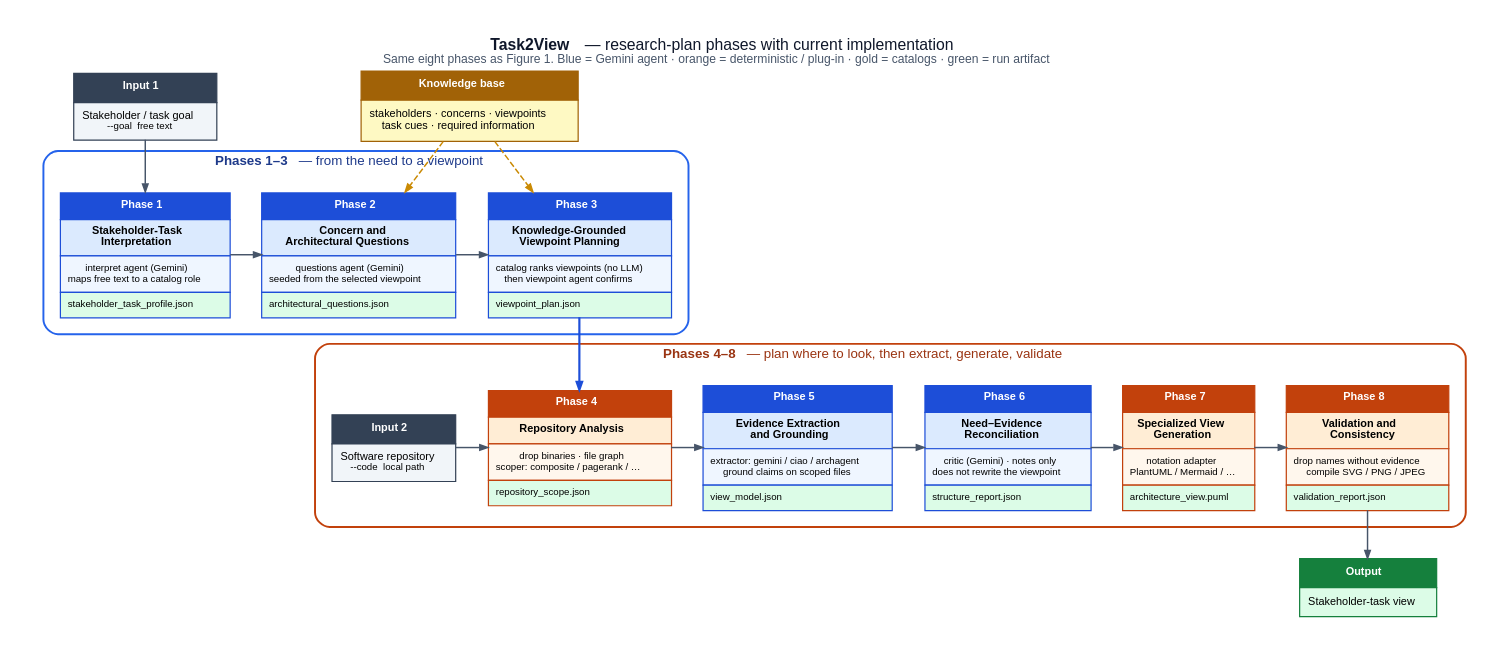
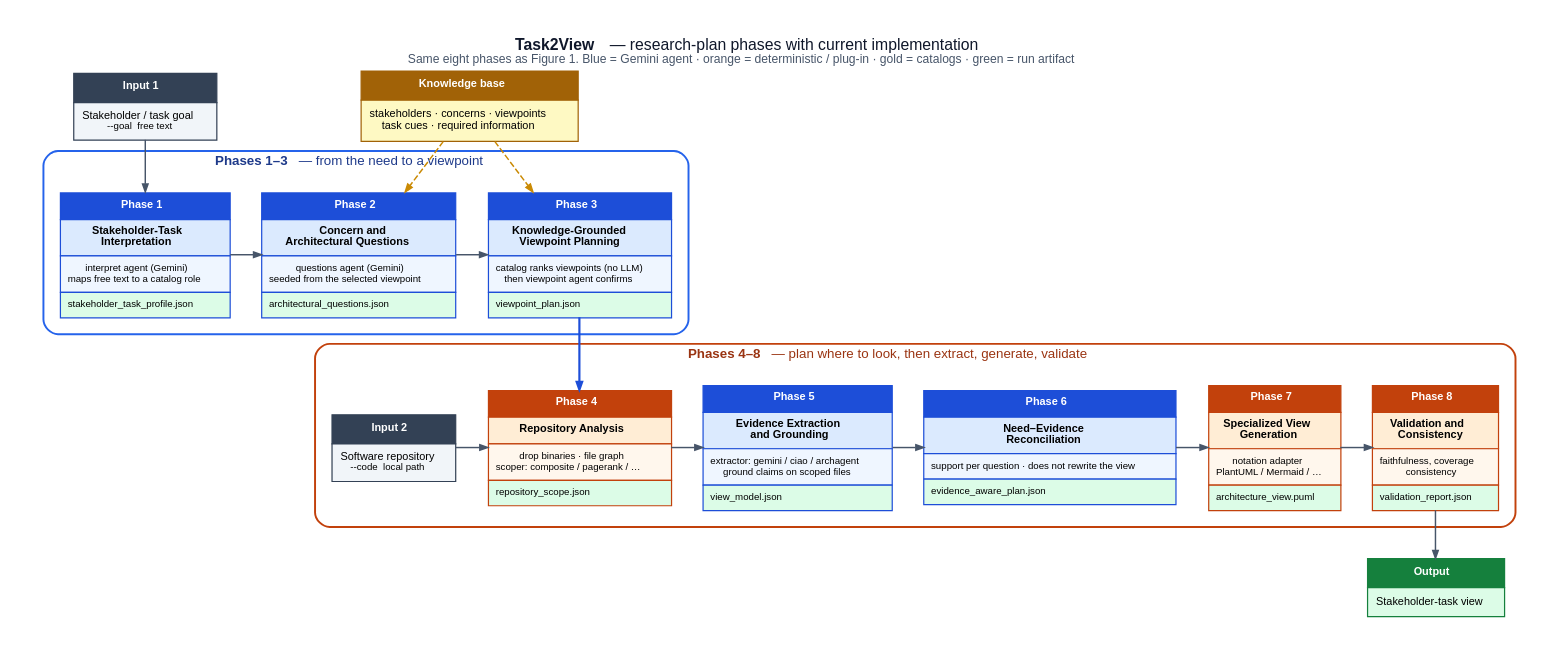
Before and after one commit to sa4s-serc/task2View: the diagram in docs/diagrams/architecture.dot, drawn with Graphviz. The commit also changed 96 other files, not shown here.

```diff
--- a/docs/diagrams/architecture.dot
+++ b/docs/diagrams/architecture.dot
@@ -1,139 +1,139 @@
 digraph task2view_phases {
   graph [
     rankdir=TB
     newrank=true
     splines=true
     nodesep=0.36
     ranksep=0.55
     fontname="Helvetica"
     fontsize=13
     pad=0.28
     bgcolor="white"
     label=<<B>Task2View</B> — research-plan phases with current implementation<br/><FONT POINT-SIZE="10" COLOR="#475569">Same eight phases as Figure 1. Blue = Gemini agent · orange = deterministic / plug-in · gold = catalogs · green = run artifact</FONT>>
     labelloc=t
     fontcolor="#0f172a"
   ];
   node [fontname="Helvetica", fontsize=9, shape=plaintext, margin=0];
   edge [color="#475569", arrowsize=0.65, penwidth=1.2];
 
   in1 [label=<
     <TABLE BORDER="0" CELLBORDER="1" CELLSPACING="0" CELLPADDING="6" COLOR="#334155">
       <TR><TD BGCOLOR="#334155"><FONT COLOR="white"><B>Input 1</B></FONT></TD></TR>
       <TR><TD BGCOLOR="#f1f5f9" ALIGN="CENTER">Stakeholder / task goal<BR/><FONT POINT-SIZE="8">--goal  free text</FONT></TD></TR>
     </TABLE>>];
 
   kb [label=<
     <TABLE BORDER="0" CELLBORDER="1" CELLSPACING="0" CELLPADDING="6" COLOR="#a16207">
       <TR><TD BGCOLOR="#a16207"><FONT COLOR="white"><B>Knowledge base</B></FONT></TD></TR>
       <TR><TD BGCOLOR="#fef9c3" ALIGN="CENTER">stakeholders · concerns · viewpoints<BR/>task cues · required information</TD></TR>
     </TABLE>>];
 
   subgraph cluster_need {
     label=<<B>Phases 1–3</B> — from the need to a viewpoint>;
     fontsize=11;
     fontcolor="#1e3a8a";
     color="#2563eb";
     style=rounded;
     penwidth=1.6;
     margin=14;
 
     p1 [label=<
       <TABLE BORDER="0" CELLBORDER="1" CELLSPACING="0" CELLPADDING="5" COLOR="#1d4ed8">
         <TR><TD BGCOLOR="#1d4ed8"><FONT COLOR="white"><B>Phase 1</B></FONT></TD></TR>
         <TR><TD BGCOLOR="#dbeafe" ALIGN="CENTER"><B>Stakeholder-Task<BR/>Interpretation</B></TD></TR>
         <TR><TD BGCOLOR="#eff6ff" ALIGN="LEFT"><FONT POINT-SIZE="8">interpret agent (Gemini)<BR/>maps free text to a catalog role</FONT></TD></TR>
         <TR><TD BGCOLOR="#dcfce7" ALIGN="LEFT"><FONT POINT-SIZE="8">stakeholder_task_profile.json</FONT></TD></TR>
       </TABLE>>];
 
     p2 [label=<
       <TABLE BORDER="0" CELLBORDER="1" CELLSPACING="0" CELLPADDING="5" COLOR="#1d4ed8">
         <TR><TD BGCOLOR="#1d4ed8"><FONT COLOR="white"><B>Phase 2</B></FONT></TD></TR>
         <TR><TD BGCOLOR="#dbeafe" ALIGN="CENTER"><B>Concern and<BR/>Architectural Questions</B></TD></TR>
         <TR><TD BGCOLOR="#eff6ff" ALIGN="LEFT"><FONT POINT-SIZE="8">questions agent (Gemini)<BR/>seeded from the selected viewpoint</FONT></TD></TR>
         <TR><TD BGCOLOR="#dcfce7" ALIGN="LEFT"><FONT POINT-SIZE="8">architectural_questions.json</FONT></TD></TR>
       </TABLE>>];
 
     p3 [label=<
       <TABLE BORDER="0" CELLBORDER="1" CELLSPACING="0" CELLPADDING="5" COLOR="#1d4ed8">
         <TR><TD BGCOLOR="#1d4ed8"><FONT COLOR="white"><B>Phase 3</B></FONT></TD></TR>
         <TR><TD BGCOLOR="#dbeafe" ALIGN="CENTER"><B>Knowledge-Grounded<BR/>Viewpoint Planning</B></TD></TR>
         <TR><TD BGCOLOR="#eff6ff" ALIGN="LEFT"><FONT POINT-SIZE="8">catalog ranks viewpoints (no LLM)<BR/>then viewpoint agent confirms</FONT></TD></TR>
         <TR><TD BGCOLOR="#dcfce7" ALIGN="LEFT"><FONT POINT-SIZE="8">viewpoint_plan.json</FONT></TD></TR>
       </TABLE>>];
 
     { rank=same; p1; p2; p3; }
     p1 -> p2 -> p3;
   }
 
   subgraph cluster_repo {
     label=<<B>Phases 4–8</B> — plan where to look, then extract, generate, validate>;
     fontsize=11;
     fontcolor="#9a3412";
     color="#c2410c";
     style=rounded;
     penwidth=1.6;
     margin=14;
 
     in2 [label=<
       <TABLE BORDER="0" CELLBORDER="1" CELLSPACING="0" CELLPADDING="6" COLOR="#334155">
         <TR><TD BGCOLOR="#334155"><FONT COLOR="white"><B>Input 2</B></FONT></TD></TR>
         <TR><TD BGCOLOR="#f1f5f9" ALIGN="CENTER">Software repository<BR/><FONT POINT-SIZE="8">--code  local path</FONT></TD></TR>
       </TABLE>>];
 
     p4 [label=<
       <TABLE BORDER="0" CELLBORDER="1" CELLSPACING="0" CELLPADDING="5" COLOR="#c2410c">
         <TR><TD BGCOLOR="#c2410c"><FONT COLOR="white"><B>Phase 4</B></FONT></TD></TR>
         <TR><TD BGCOLOR="#ffedd5" ALIGN="CENTER"><B>Repository Analysis</B></TD></TR>
         <TR><TD BGCOLOR="#fff7ed" ALIGN="LEFT"><FONT POINT-SIZE="8">drop binaries · file graph<BR/>scoper: composite / pagerank / …</FONT></TD></TR>
         <TR><TD BGCOLOR="#dcfce7" ALIGN="LEFT"><FONT POINT-SIZE="8">repository_scope.json</FONT></TD></TR>
       </TABLE>>];
 
     p5 [label=<
       <TABLE BORDER="0" CELLBORDER="1" CELLSPACING="0" CELLPADDING="5" COLOR="#1d4ed8">
         <TR><TD BGCOLOR="#1d4ed8"><FONT COLOR="white"><B>Phase 5</B></FONT></TD></TR>
         <TR><TD BGCOLOR="#dbeafe" ALIGN="CENTER"><B>Evidence Extraction<BR/>and Grounding</B></TD></TR>
         <TR><TD BGCOLOR="#eff6ff" ALIGN="LEFT"><FONT POINT-SIZE="8">extractor: gemini / ciao / archagent<BR/>ground claims on scoped files</FONT></TD></TR>
         <TR><TD BGCOLOR="#dcfce7" ALIGN="LEFT"><FONT POINT-SIZE="8">view_model.json</FONT></TD></TR>
       </TABLE>>];
 
     p6 [label=<
       <TABLE BORDER="0" CELLBORDER="1" CELLSPACING="0" CELLPADDING="5" COLOR="#1d4ed8">
         <TR><TD BGCOLOR="#1d4ed8"><FONT COLOR="white"><B>Phase 6</B></FONT></TD></TR>
         <TR><TD BGCOLOR="#dbeafe" ALIGN="CENTER"><B>Need–Evidence<BR/>Reconciliation</B></TD></TR>
-        <TR><TD BGCOLOR="#eff6ff" ALIGN="LEFT"><FONT POINT-SIZE="8">critic (Gemini) · notes only<BR/>does not rewrite the viewpoint</FONT></TD></TR>
-        <TR><TD BGCOLOR="#dcfce7" ALIGN="LEFT"><FONT POINT-SIZE="8">structure_report.json</FONT></TD></TR>
+        <TR><TD BGCOLOR="#eff6ff" ALIGN="LEFT"><FONT POINT-SIZE="8">support per question · does not rewrite the view</FONT></TD></TR>
+        <TR><TD BGCOLOR="#dcfce7" ALIGN="LEFT"><FONT POINT-SIZE="8">evidence_aware_plan.json</FONT></TD></TR>
       </TABLE>>];
 
     p7 [label=<
       <TABLE BORDER="0" CELLBORDER="1" CELLSPACING="0" CELLPADDING="5" COLOR="#c2410c">
         <TR><TD BGCOLOR="#c2410c"><FONT COLOR="white"><B>Phase 7</B></FONT></TD></TR>
         <TR><TD BGCOLOR="#ffedd5" ALIGN="CENTER"><B>Specialized View<BR/>Generation</B></TD></TR>
         <TR><TD BGCOLOR="#fff7ed" ALIGN="LEFT"><FONT POINT-SIZE="8">notation adapter<BR/>PlantUML / Mermaid / …</FONT></TD></TR>
         <TR><TD BGCOLOR="#dcfce7" ALIGN="LEFT"><FONT POINT-SIZE="8">architecture_view.puml</FONT></TD></TR>
       </TABLE>>];
 
     p8 [label=<
       <TABLE BORDER="0" CELLBORDER="1" CELLSPACING="0" CELLPADDING="5" COLOR="#c2410c">
         <TR><TD BGCOLOR="#c2410c"><FONT COLOR="white"><B>Phase 8</B></FONT></TD></TR>
         <TR><TD BGCOLOR="#ffedd5" ALIGN="CENTER"><B>Validation and<BR/>Consistency</B></TD></TR>
-        <TR><TD BGCOLOR="#fff7ed" ALIGN="LEFT"><FONT POINT-SIZE="8">drop names without evidence<BR/>compile SVG / PNG / JPEG</FONT></TD></TR>
+        <TR><TD BGCOLOR="#fff7ed" ALIGN="LEFT"><FONT POINT-SIZE="8">faithfulness, coverage<BR/>consistency</FONT></TD></TR>
         <TR><TD BGCOLOR="#dcfce7" ALIGN="LEFT"><FONT POINT-SIZE="8">validation_report.json</FONT></TD></TR>
       </TABLE>>];
 
     { rank=same; in2; p4; p5; p6; p7; p8; }
     in2 -> p4 -> p5 -> p6 -> p7 -> p8;
   }
 
   out [label=<
     <TABLE BORDER="0" CELLBORDER="1" CELLSPACING="0" CELLPADDING="6" COLOR="#15803d">
       <TR><TD BGCOLOR="#15803d"><FONT COLOR="white"><B>Output</B></FONT></TD></TR>
       <TR><TD BGCOLOR="#dcfce7" ALIGN="CENTER">Stakeholder-task view</TD></TR>
     </TABLE>>];
 
   { rank=same; in1; kb; }
   in1 -> p1;
   kb -> p2 [style=dashed, color="#ca8a04"];
   kb -> p3 [style=dashed, color="#ca8a04"];
   p3 -> p4 [color="#1d4ed8", penwidth=1.8];
   p8 -> out;
 }
```
